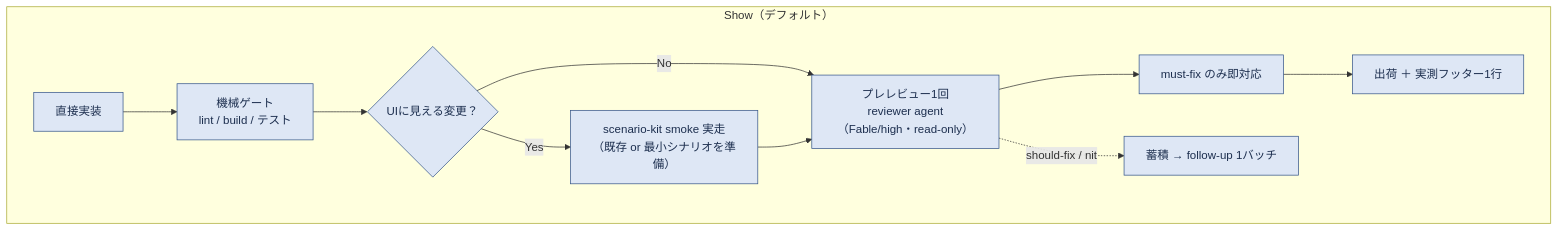
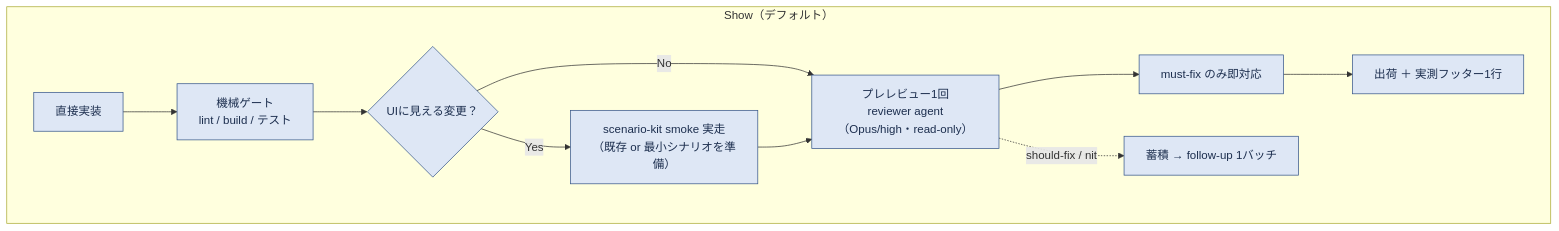
One commit to mizulba-dev/dev-method changed the third of 6 diagrams in DEV_FLOW.md. Above: the diagram before and after it, drawn with Mermaid. The commit also changed other lines of this file and 7 other files, not shown here.

````diff
--- a/DEV_FLOW.md
+++ b/DEV_FLOW.md
@@ -74,15 +74,15 @@
 ```mermaid
 flowchart TD
   subgraph SHOWLANE ["Show（デフォルト）"]
     S1["直接実装"] --> S2["機械ゲート<br/>lint / build / テスト"]
     S2 --> S2b{"UIに見える変更？"}
     S2b -->|"Yes"| S2c["scenario-kit smoke 実走<br/>（既存 or 最小シナリオを準備）"]
     S2b -->|"No"| S3
-    S2c --> S3["プレレビュー1回<br/>reviewer agent（Fable/high・read-only）"]
+    S2c --> S3["プレレビュー1回<br/>reviewer agent（Opus/high・read-only）"]
     S3 --> S4["must-fix のみ即対応"]
     S4 --> S5["出荷 ＋ 実測フッター1行"]
     S3 -.->|"should-fix / nit"| S6["蓄積 → follow-up 1バッチ"]
   end
   classDef show fill:#DEE7F5,stroke:#35558A,color:#1C2E4E
   class S1,S2,S2b,S2c,S3,S4,S5,S6 show
 ```
````
